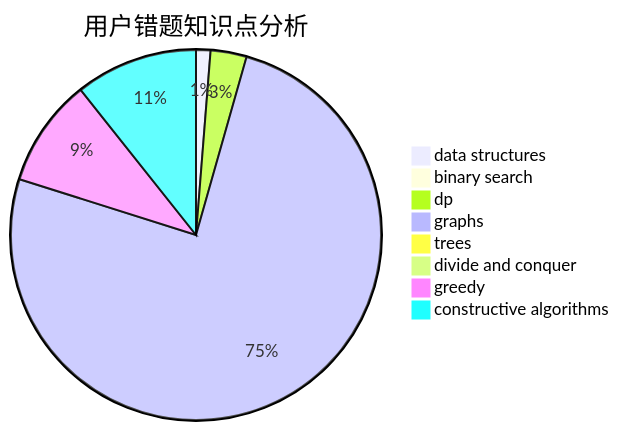
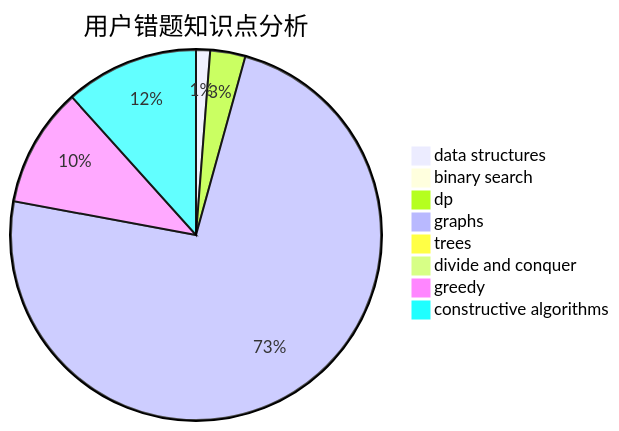
The third of 3 diagrams in docs/user/u2103.md (sherpahu/cfrs.github.io), drawn with Mermaid before and after one commit. The commit also changed other lines of this file and 2770 other files, not shown here.

````diff
--- a/docs/user/u2103.md
+++ b/docs/user/u2103.md
@@ -36,11 +36,11 @@
 ```mermaid
 pie title 用户错题知识点分析
     "data structures" :  2
     "binary search" :  0
     "dp" :  5
     "graphs" :  120
     "trees" :  1
     "divide and conquer" :  0
-    "greedy" :  15
-    "constructive algorithms" :  17
+    "greedy" :  17
+    "constructive algorithms" :  19
 ```
````
